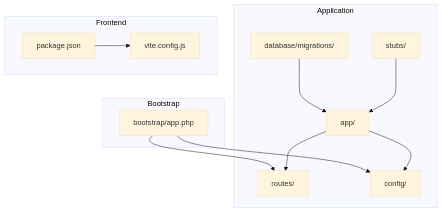
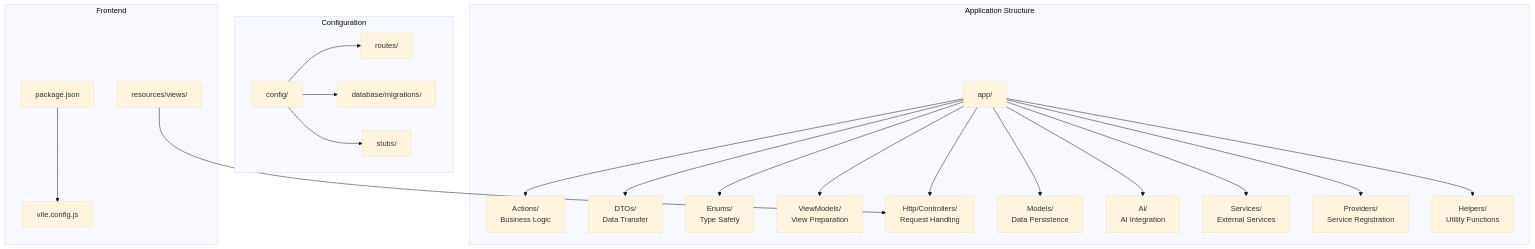
Before and after one commit to siimliimand/laravel-assistant: the sixth of 12 diagrams in .qoder/repowiki/en/content/Architecture Overview/Architecture Overview.md, drawn with Mermaid (base theme). The commit also changed other lines of this file and 12 other files, not shown here.

First line of the commit message:
docs(ai): add architectural and actions layer specifications

````diff
--- a/.qoder/repowiki/en/content/Architecture Overview/Architecture Overview.md
+++ b/.qoder/repowiki/en/content/Architecture Overview/Architecture Overview.md
@@ -50,24 +321,42 @@
 ```mermaid
 graph TB
-subgraph "Application"
+subgraph "Application Structure"
 A["app/"]
-R["routes/"]
+Actions["Actions/<br/>Business Logic"]
+DTOs["DTOs/<br/>Data Transfer"]
+Enums["Enums/<br/>Type Safety"]
+ViewModels["ViewModels/<br/>View Preparation"]
+Controllers["Http/Controllers/<br/>Request Handling"]
+Models["Models/<br/>Data Persistence"]
+Ai["Ai/<br/>AI Integration"]
+Services["Services/<br/>External Services"]
+Providers["Providers/<br/>Service Registration"]
+Helpers["Helpers/<br/>Utility Functions"]
+end
+subgraph "Configuration"
 Cfg["config/"]
-Db["database/migrations/"]
+Routes["routes/"]
+Migrations["database/migrations/"]
 Stubs["stubs/"]
-end
-subgraph "Bootstrap"
-Boot["bootstrap/app.php"]
 end
 subgraph "Frontend"
 Pkg["package.json"]
 Vite["vite.config.js"]
+Views["resources/views/"]
 end
-Boot --> R
-Boot --> Cfg
-A --> R
-A --> Cfg
-Db --> A
-Stubs --> A
+A --> Actions
+A --> DTOs
+A --> Enums
+A --> ViewModels
+A --> Controllers
+A --> Models
+A --> Ai
+A --> Services
+A --> Providers
+A --> Helpers
+Cfg --> Routes
+Cfg --> Migrations
+Cfg --> Stubs
 Pkg --> Vite
+Views --> Controllers
 ```
````
